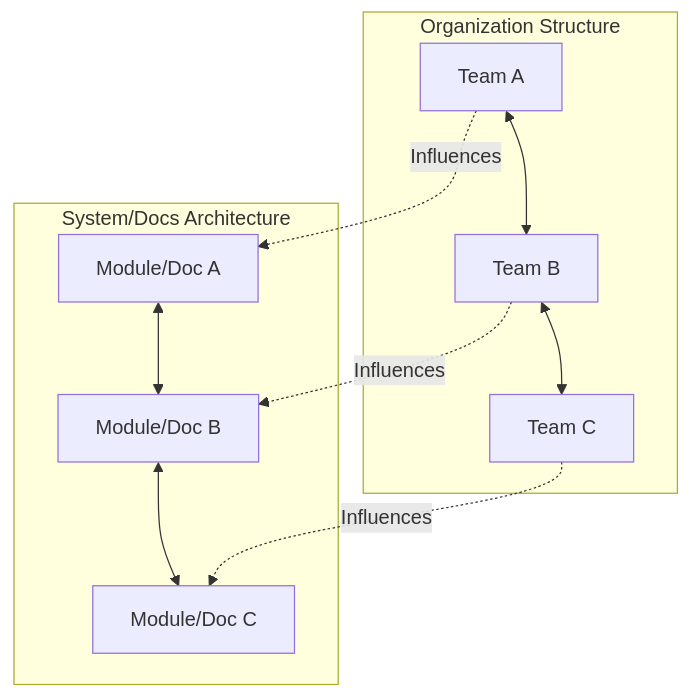
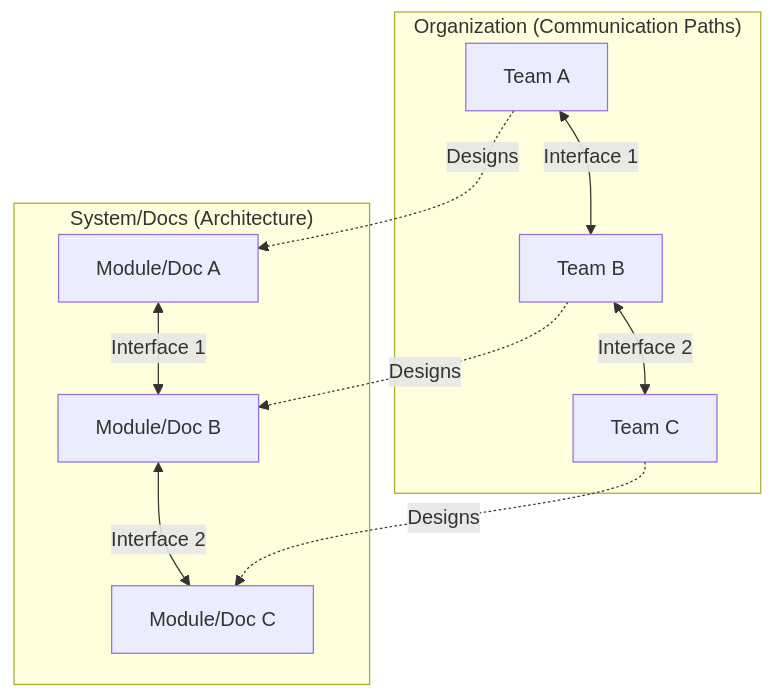
One commit to vaishvanara/techwritingkb changed the diagram in docs/systems-thinking/conways-law.md. Above: the diagram before and after it, drawn with Mermaid. The commit also changed other lines of this file and 26 other files, not shown here.

````diff
--- a/docs/systems-thinking/conways-law.md
+++ b/docs/systems-thinking/conways-law.md
@@ -19,16 +19,16 @@
 ```mermaid
 graph TD
-    subgraph "Organization Structure"
-        TeamA[Team A] <--> TeamB[Team B]
-        TeamB <--> TeamC[Team C]
+    subgraph "Organization (Communication Paths)"
+        TeamA[Team A] <-->|Interface 1| TeamB[Team B]
+        TeamB <-->|Interface 2| TeamC[Team C]
     end
 
-    subgraph "System/Docs Architecture"
-        ModuleA[Module/Doc A] <--> ModuleB[Module/Doc B]
-        ModuleB <--> ModuleC[Module/Doc C]
+    subgraph "System/Docs (Architecture)"
+        ModuleA[Module/Doc A] <-->|Interface 1| ModuleB[Module/Doc B]
+        ModuleB <-->|Interface 2| ModuleC[Module/Doc C]
     end
 
-    TeamA -.->|Influences| ModuleA
-    TeamB -.->|Influences| ModuleB
-    TeamC -.->|Influences| ModuleC
+    TeamA -.->|Designs| ModuleA
+    TeamB -.->|Designs| ModuleB
+    TeamC -.->|Designs| ModuleC
 ```
````
